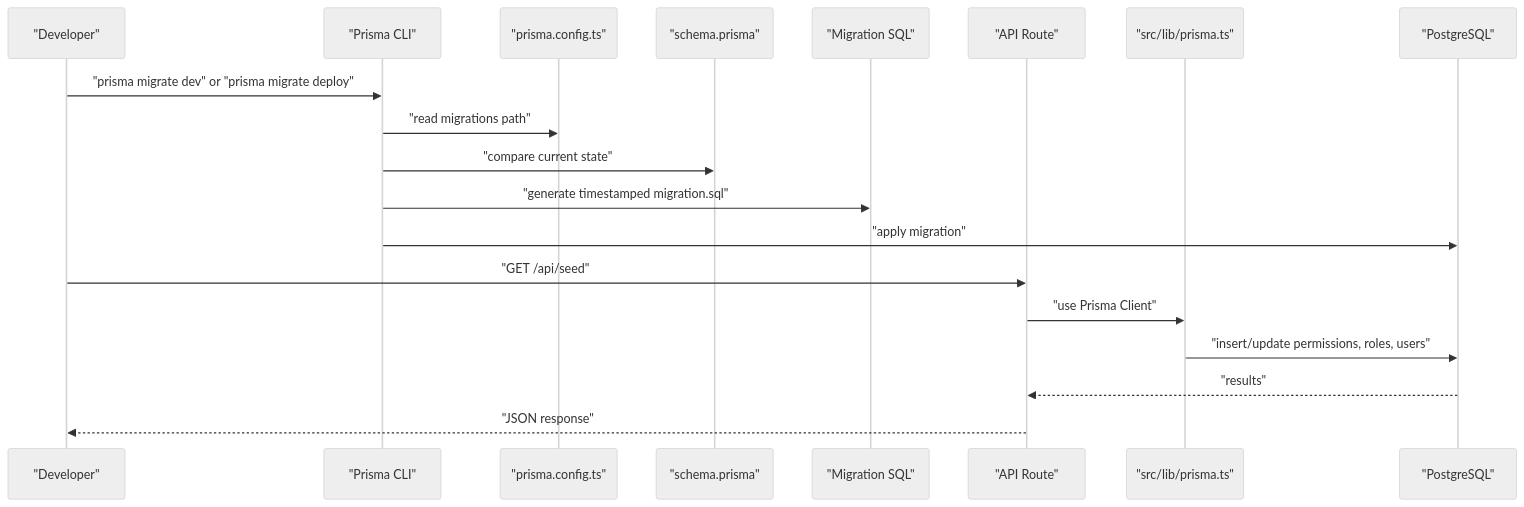
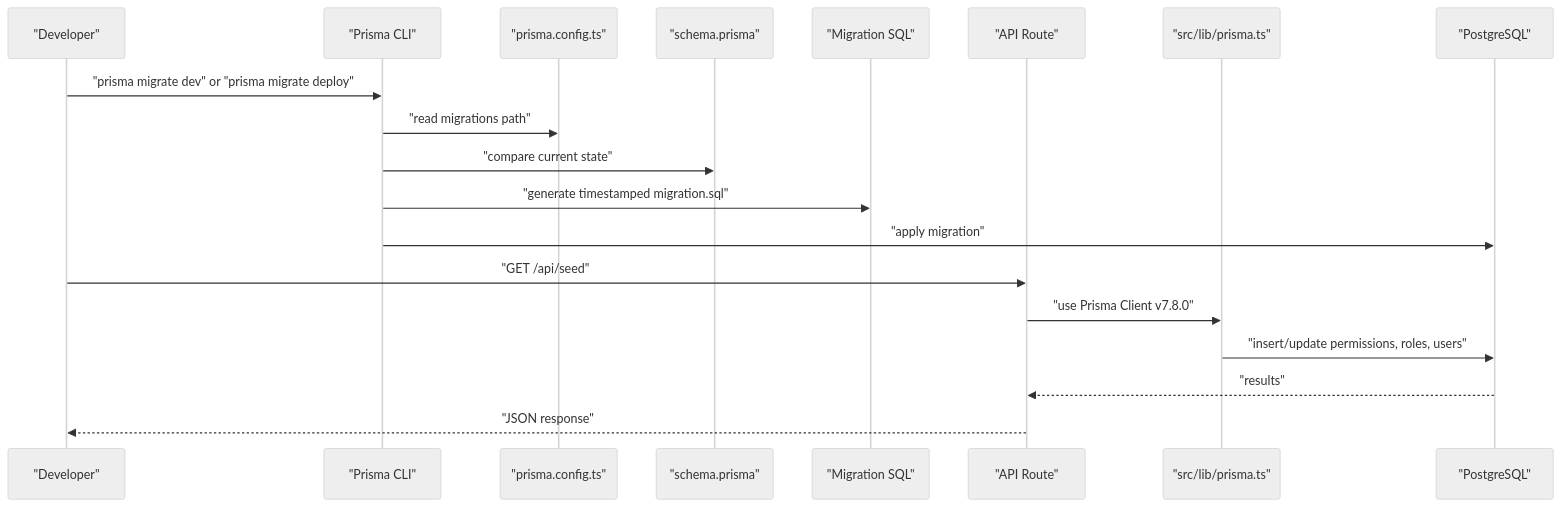
One commit to bazs69/ApsAsrama changed the second of 9 diagrams in .qoder/repowiki/en/content/Database Design/Migration Management.md. Above: the diagram before and after it, drawn with Mermaid (neutral theme). The commit also changed other lines of this file and 34 other files, not shown here.

````diff
--- a/.qoder/repowiki/en/content/Database Design/Migration Management.md
+++ b/.qoder/repowiki/en/content/Database Design/Migration Management.md
@@ -107,21 +115,21 @@
 ```mermaid
 sequenceDiagram
 participant Dev as "Developer"
 participant CLI as "Prisma CLI"
 participant CFG as "prisma.config.ts"
 participant SCHEMA as "schema.prisma"
 participant MIG as "Migration SQL"
 participant APP as "API Route"
 participant LIB as "src/lib/prisma.ts"
 participant DB as "PostgreSQL"
 Dev->>CLI : "prisma migrate dev" or "prisma migrate deploy"
 CLI->>CFG : "read migrations path"
 CLI->>SCHEMA : "compare current state"
 CLI->>MIG : "generate timestamped migration.sql"
 CLI->>DB : "apply migration"
 Dev->>APP : "GET /api/seed"
-APP->>LIB : "use Prisma Client"
+APP->>LIB : "use Prisma Client v7.8.0"
 LIB->>DB : "insert/update permissions, roles, users"
 DB-->>APP : "results"
 APP-->>Dev : "JSON response"
 ```
````
